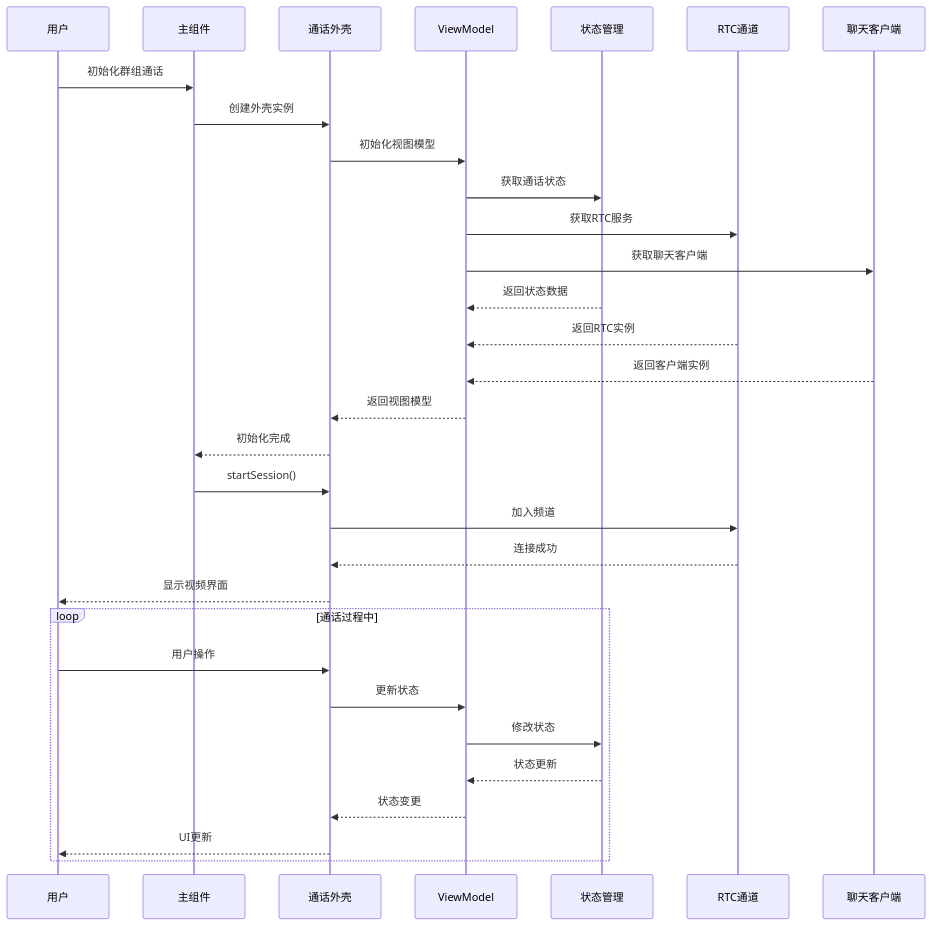
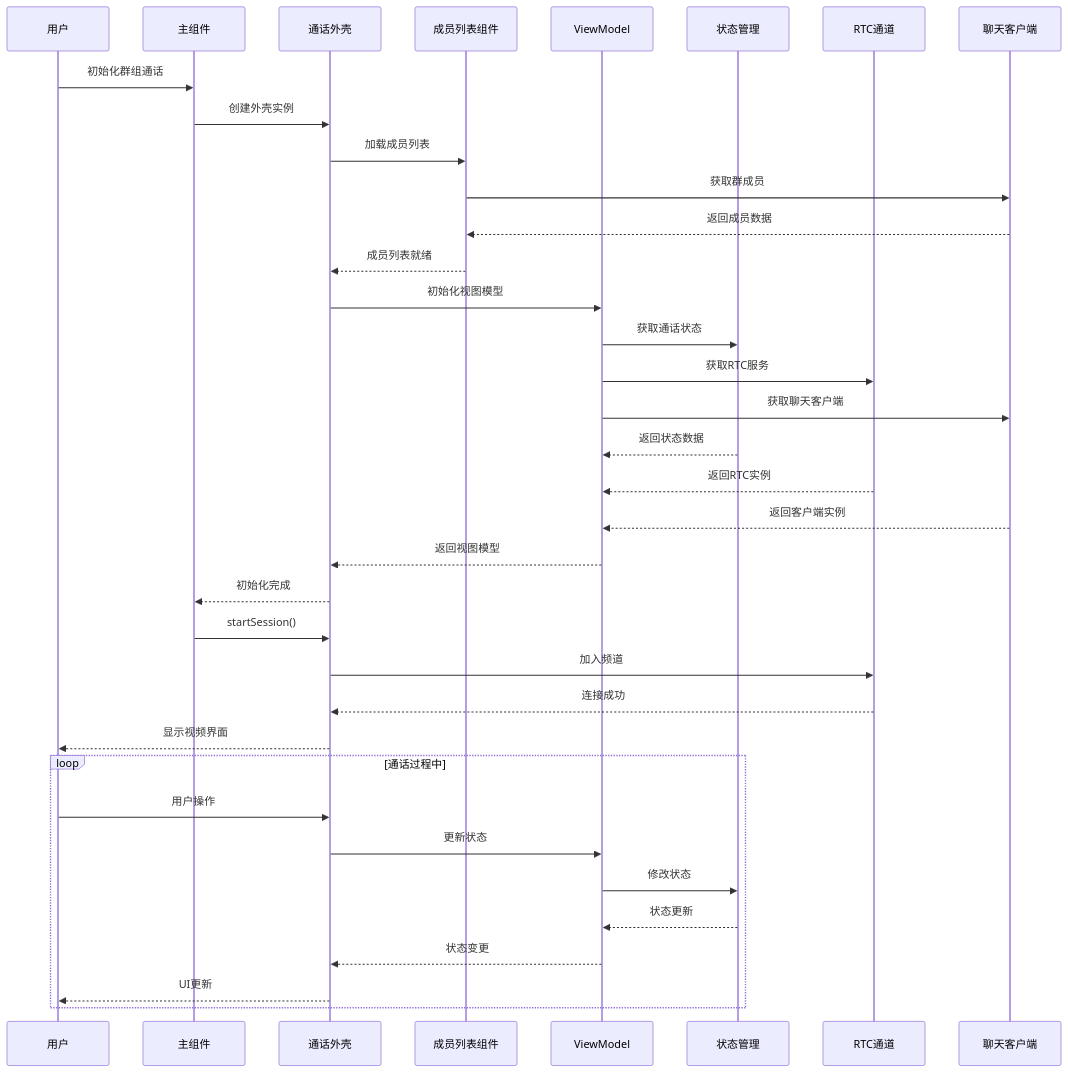
The second of 3 diagrams in .qoder/repowiki/zh/content/核心组件/群组通话组件/群组通话组件.md (Easemob-Community/easemob-uikit-callkit-vue3), drawn with Mermaid before and after one commit. The commit also changed other lines of this file and 58 other files, not shown here.

````diff
--- a/.qoder/repowiki/zh/content/核心组件/群组通话组件/群组通话组件.md
+++ b/.qoder/repowiki/zh/content/核心组件/群组通话组件/群组通话组件.md
@@ -196,33 +229,38 @@
 ```mermaid
 sequenceDiagram
 participant User as 用户
 participant EasemobChatMultiCall as 主组件
 participant GroupCallShell as 通话外壳
+participant EasemobChatGroupMemberList as 成员列表组件
 participant ViewModel as ViewModel
 participant CallState as 状态管理
 participant RtcChannel as RTC通道
 participant ChatClient as 聊天客户端
 User->>EasemobChatMultiCall : 初始化群组通话
 EasemobChatMultiCall->>GroupCallShell : 创建外壳实例
+GroupCallShell->>EasemobChatGroupMemberList : 加载成员列表
+EasemobChatGroupMemberList->>ChatClient : 获取群成员
+ChatClient-->>EasemobChatGroupMemberList : 返回成员数据
+EasemobChatGroupMemberList-->>GroupCallShell : 成员列表就绪
 GroupCallShell->>ViewModel : 初始化视图模型
 ViewModel->>CallState : 获取通话状态
 ViewModel->>RtcChannel : 获取RTC服务
 ViewModel->>ChatClient : 获取聊天客户端
 CallState-->>ViewModel : 返回状态数据
 RtcChannel-->>ViewModel : 返回RTC实例
 ChatClient-->>ViewModel : 返回客户端实例
 ViewModel-->>GroupCallShell : 返回视图模型
 GroupCallShell-->>EasemobChatMultiCall : 初始化完成
 EasemobChatMultiCall->>GroupCallShell : startSession()
 GroupCallShell->>RtcChannel : 加入频道
 RtcChannel-->>GroupCallShell : 连接成功
 GroupCallShell-->>User : 显示视频界面
 loop 通话过程中
 User->>GroupCallShell : 用户操作
 GroupCallShell->>ViewModel : 更新状态
 ViewModel->>CallState : 修改状态
 CallState-->>ViewModel : 状态更新
 ViewModel-->>GroupCallShell : 状态变更
 GroupCallShell-->>User : UI更新
 end
 ```
````
